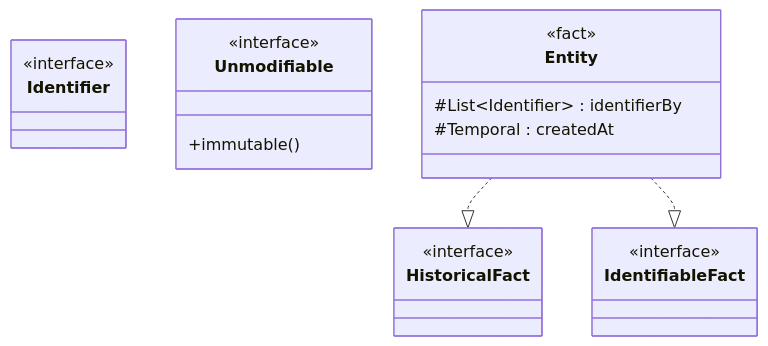
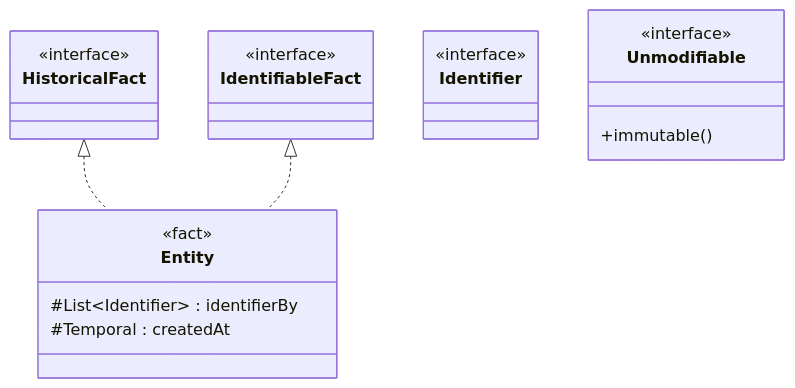
The diagram in implementations-line/framework/immutable/README.md (cybnity/foundation), drawn with Mermaid before and after one commit.

````diff
--- a/implementations-line/framework/immutable/README.md
+++ b/implementations-line/framework/immutable/README.md
@@ -27,23 +27,23 @@
 ```mermaid
 classDiagram
+    HistoricalFact <|.. Entity
+    IdentifiableFact <|.. Entity
     class Identifier {
         <<interface>>
     }
     class Unmodifiable {
         <<interface>>
         +immutable()
     }
     class HistoricalFact {
         <<interface>>
     }
     class IdentifiableFact {
         <<interface>>
     }
-    Entity ..|> HistoricalFact
-    Entity ..|> IdentifiableFact
     class Entity {
         <<fact>>
         #List~Identifier~ : identifierBy
         #Temporal : createdAt
     }
 ```
````
